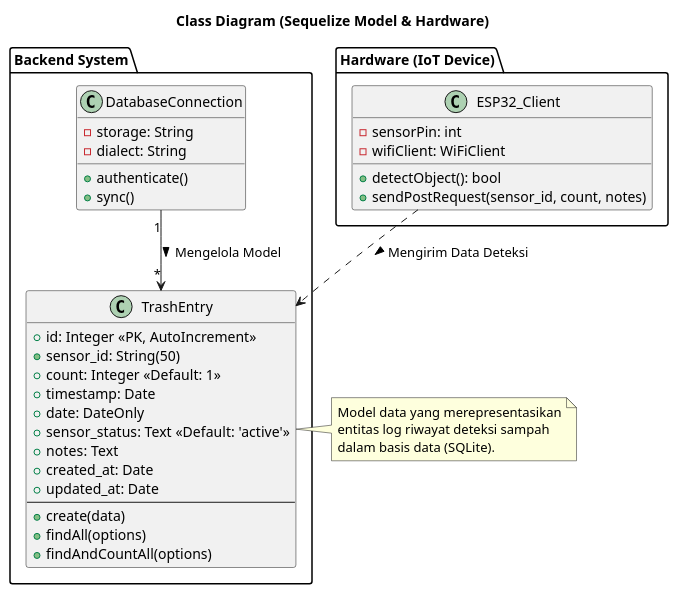
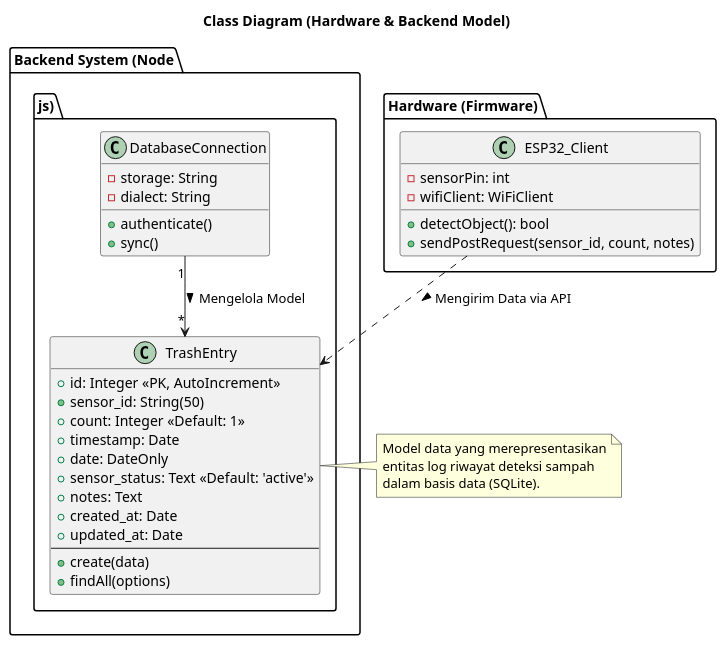
The diagram in diagram/classdiagram.puml (C-PPAW-TI503P-2025/PROJECT_KELOMPOK-2_INFRARED), drawn with PlantUML before and after one commit. The commit also changed 2 other files, not shown here.

Commit message:
Perbaikan dan penataan ulang file diagram UML pada folder diagram

```diff
--- a/diagram/classdiagram.puml
+++ b/diagram/classdiagram.puml
@@ -1,48 +1,46 @@
 @startuml
-title Class Diagram (Sequelize Model & Hardware)
+title Class Diagram (Hardware & Backend Model)
 
-package "Backend System" {
+package "Backend System (Node.js)" {
     class TrashEntry {
         + id: Integer <<PK, AutoIncrement>>
         + sensor_id: String(50)
         + count: Integer <<Default: 1>>
         + timestamp: Date
         + date: DateOnly
         + sensor_status: Text <<Default: 'active'>>
         + notes: Text
         + created_at: Date
         + updated_at: Date
         --
         + create(data)
         + findAll(options)
-        + findAndCountAll(options)
     }
 
     class DatabaseConnection {
         - storage: String
         - dialect: String
         + authenticate()
         + sync()
     }
 }
 
-package "Hardware (IoT Device)" {
+package "Hardware (Firmware)" {
     class ESP32_Client {
         - sensorPin: int
         - wifiClient: WiFiClient
         + detectObject(): bool
         + sendPostRequest(sensor_id, count, notes)
     }
 }
 
 ' Hubungan
 DatabaseConnection "1" --> "*" TrashEntry : Mengelola Model >
-ESP32_Client ..> TrashEntry : Mengirim Data Deteksi >
+ESP32_Client ..> TrashEntry : Mengirim Data via API >
 
 note right of TrashEntry
   Model data yang merepresentasikan
   entitas log riwayat deteksi sampah
   dalam basis data (SQLite).
 end note
-
 @enduml
```
